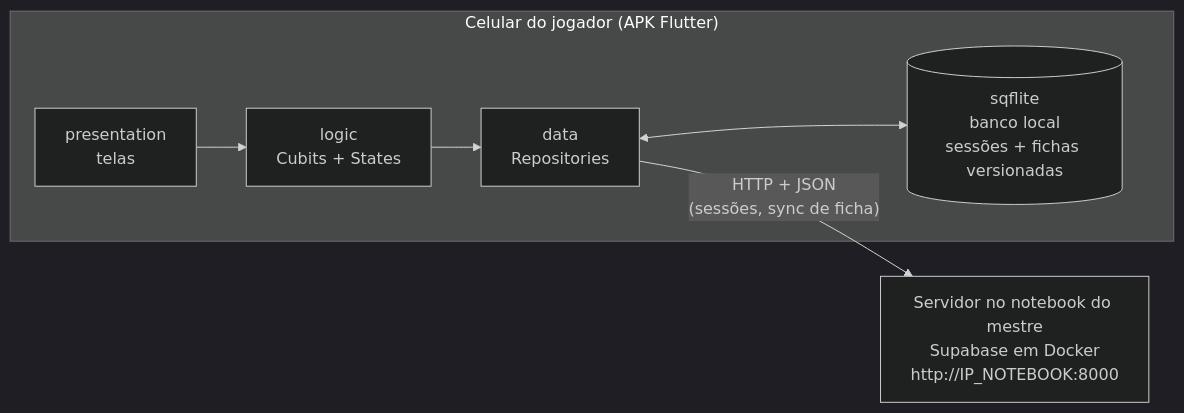
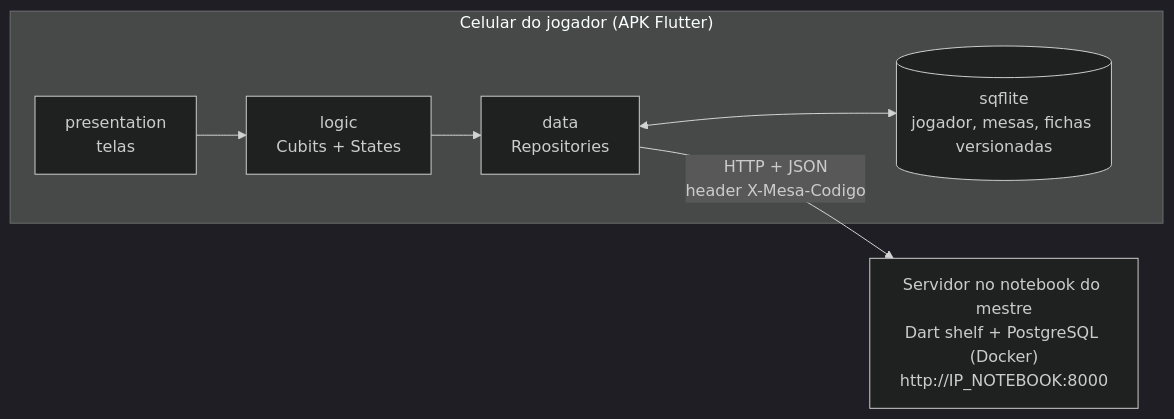
The first of 3 diagrams in DSMD/trabalho-flutter/arquitetura-apk-jogador.md (LuizGustavoMM/UniSenai), drawn with Mermaid (dark theme) before and after one commit. The commit also changed other lines of this file and 2 other files, not shown here.

````diff
--- a/DSMD/trabalho-flutter/arquitetura-apk-jogador.md
+++ b/DSMD/trabalho-flutter/arquitetura-apk-jogador.md
@@ -11,15 +13,15 @@
 ```mermaid
 flowchart LR
     subgraph CEL["Celular do jogador (APK Flutter)"]
         UI["presentation<br/>telas"]
         CUBIT["logic<br/>Cubits + States"]
         REPO["data<br/>Repositories"]
-        DB[("sqflite<br/>banco local<br/>sessões + fichas versionadas")]
+        DB[("sqflite<br/>jogador, mesas, fichas versionadas")]
         UI --> CUBIT --> REPO
         REPO <--> DB
     end
 
-    SRV["Servidor no notebook do mestre<br/>Supabase em Docker<br/>http://IP_NOTEBOOK:8000"]
+    SRV["Servidor no notebook do mestre<br/>Dart shelf + PostgreSQL (Docker)<br/>http://IP_NOTEBOOK:8000"]
 
-    REPO -- "HTTP + JSON<br/>(sessões, sync de ficha)" --> SRV
+    REPO -->|"HTTP + JSON<br/>header X-Mesa-Codigo"| SRV
 ```
````
